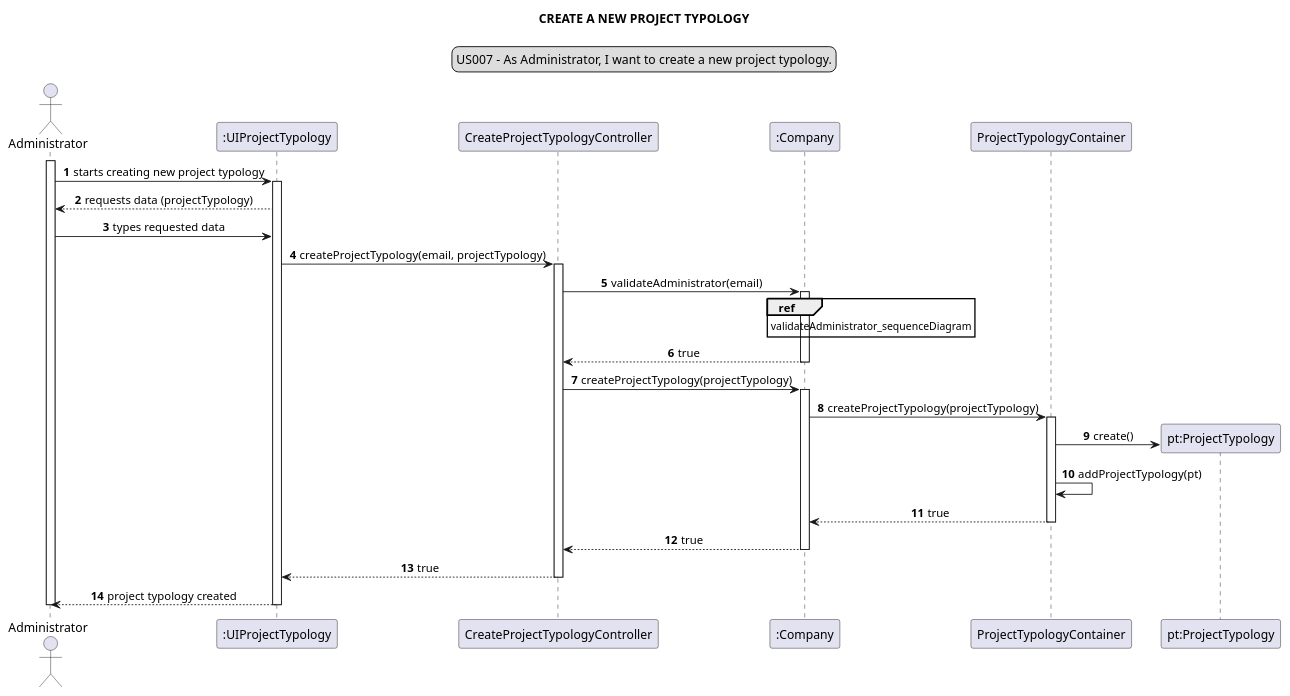
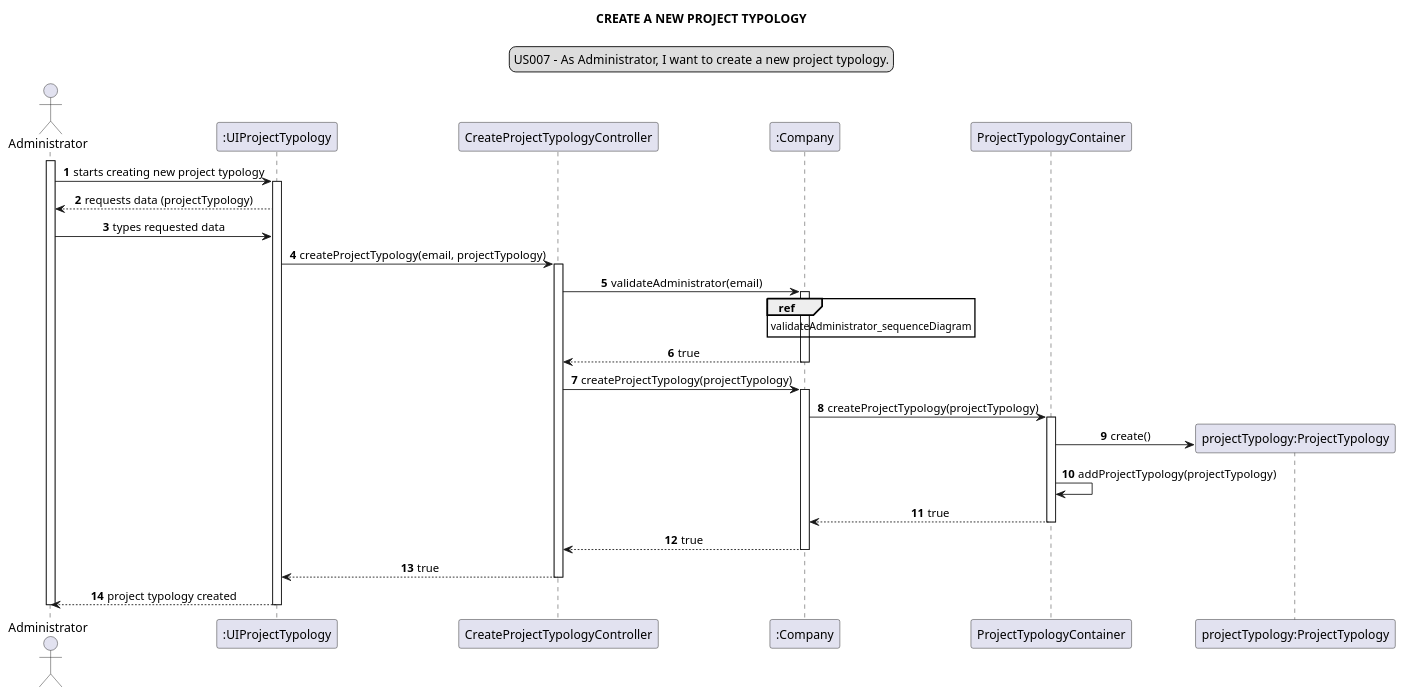
The diagram in docs/modelling_design/user_stories/sprint02/us007/US007_sequenceDiagram.puml (Loracline/project_switch_22-23), drawn with PlantUML before and after one commit. The commit also changed 3 other files, not shown here.

Commit message:
US007: Development : update classes names  ProjectTypologyController to CreateProjectTypologyController and ProjectTypologyControllerTest to CreateProjectTypologyControllerTest. Update US007 SD and CD

```diff
--- a/docs/modelling_design/user_stories/sprint02/us007/US007_sequenceDiagram.puml
+++ b/docs/modelling_design/user_stories/sprint02/us007/US007_sequenceDiagram.puml
@@ -1,48 +1,48 @@
 @startuml
 'https://plantuml.com/sequence-diagram
 
 autonumber
 skinparam sequenceMessageAlign center
 title CREATE A NEW PROJECT TYPOLOGY
 legend top
 US007 - As Administrator, I want to create a new project typology.
 end legend
 
 actor Administrator as a
 participant ":UIProjectTypology" as ui
 participant "CreateProjectTypologyController" as ct
 participant ":Company" as c
 participant "ProjectTypologyContainer" as ptc
-participant "pt:ProjectTypology" as pty
+participant "projectTypology:ProjectTypology" as pty
 
 
 activate a
 a -> ui: starts creating new project typology
 activate ui
 ui --> a: requests data (projectTypology)
 a -> ui: types requested data
 ui -> ct: createProjectTypology(email, projectTypology)
 activate ct
 ct -> c: validateAdministrator(email)
 activate c
 ref over c: validateAdministrator_sequenceDiagram
 c --> ct: true
 deactivate c
 ct -> c: createProjectTypology(projectTypology)
 activate c
 c -> ptc: createProjectTypology(projectTypology)
 activate ptc
 create pty
 ptc -> pty: create()
-ptc -> ptc: addProjectTypology(pt)
+ptc -> ptc: addProjectTypology(projectTypology)
 ptc --> c: true
 deactivate ptc
 c --> ct: true
 deactivate c
 ct --> ui: true
 deactivate ct
 ui --> a: project typology created
 deactivate ui
 
 deactivate a
 @enduml
```
